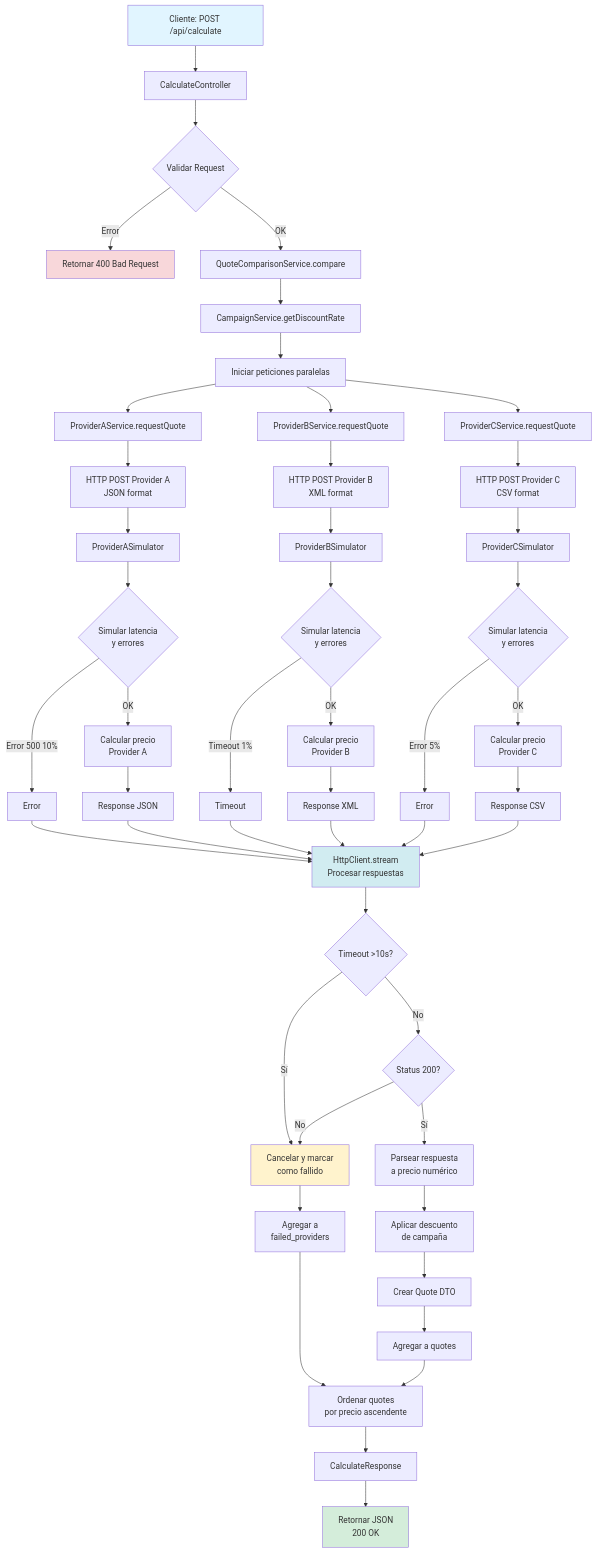
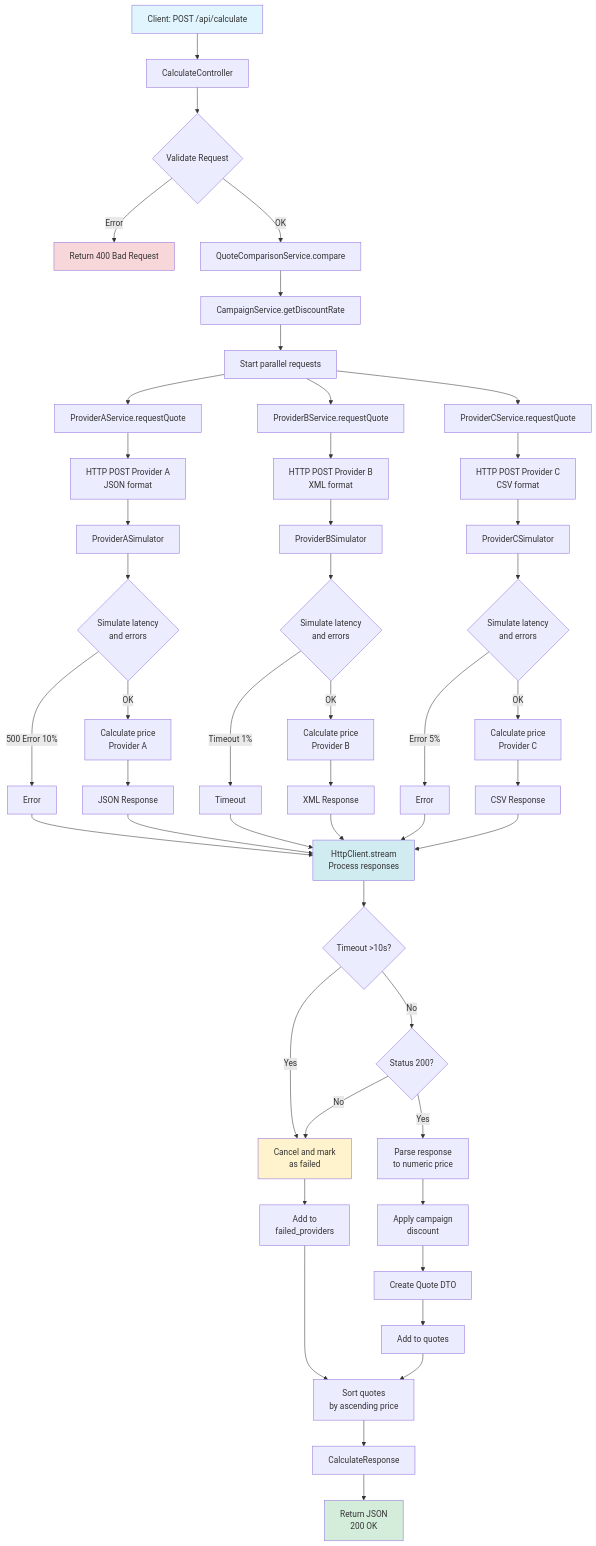
Before and after one commit to weizheng2/Car-Insurance-Comparer-Challenge: the diagram in README.md, drawn with Mermaid. The commit also changed other lines of this file, not shown here.

````diff
--- a/README.md
+++ b/README.md
@@ -89,68 +89,68 @@
 ```mermaid
 flowchart TD
-    A[Cliente: POST /api/calculate] --> B[CalculateController]
-    B --> C{Validar Request}
-    C -->|Error| D[Retornar 400 Bad Request]
+    A[Client: POST /api/calculate] --> B[CalculateController]
+    B --> C{Validate Request}
+    C -->|Error| D[Return 400 Bad Request]
     C -->|OK| E[QuoteComparisonService.compare]
-    
+
     E --> F[CampaignService.getDiscountRate]
-    F --> G[Iniciar peticiones paralelas]
-    
+    F --> G[Start parallel requests]
+
     G --> H1[ProviderAService.requestQuote]
     G --> H2[ProviderBService.requestQuote]
     G --> H3[ProviderCService.requestQuote]
-    
+
     H1 --> I1[HTTP POST Provider A<br/>JSON format]
     H2 --> I2[HTTP POST Provider B<br/>XML format]
     H3 --> I3[HTTP POST Provider C<br/>CSV format]
-    
+
     I1 --> J1[ProviderASimulator]
     I2 --> J2[ProviderBSimulator]
     I3 --> J3[ProviderCSimulator]
-    
-    J1 --> K1{Simular latencia<br/>y errores}
-    J2 --> K2{Simular latencia<br/>y errores}
-    J3 --> K3{Simular latencia<br/>y errores}
-    
-    K1 -->|Error 500 10%| L1[Error]
-    K1 -->|OK| M1[Calcular precio<br/>Provider A]
+
+    J1 --> K1{Simulate latency<br/>and errors}
+    J2 --> K2{Simulate latency<br/>and errors}
+    J3 --> K3{Simulate latency<br/>and errors}
+
+    K1 -->|500 Error 10%| L1[Error]
+    K1 -->|OK| M1[Calculate price<br/>Provider A]
     K2 -->|Timeout 1%| L2[Timeout]
-    K2 -->|OK| M2[Calcular precio<br/>Provider B]
+    K2 -->|OK| M2[Calculate price<br/>Provider B]
     K3 -->|Error 5%| L3[Error]
-    K3 -->|OK| M3[Calcular precio<br/>Provider C]
-    
-    M1 --> N1[Response JSON]
-    M2 --> N2[Response XML]
-    M3 --> N3[Response CSV]
-    
-    N1 --> O[HttpClient.stream<br/>Procesar respuestas]
+    K3 -->|OK| M3[Calculate price<br/>Provider C]
+
+    M1 --> N1[JSON Response]
+    M2 --> N2[XML Response]
+    M3 --> N3[CSV Response]
+
+    N1 --> O[HttpClient.stream<br/>Process responses]
     N2 --> O
     N3 --> O
     L1 --> O
     L2 --> O
     L3 --> O
-    
+
     O --> P{Timeout >10s?}
-    P -->|Sí| Q[Cancelar y marcar<br/>como fallido]
+    P -->|Yes| Q[Cancel and mark<br/>as failed]
     P -->|No| R{Status 200?}
-    
+
     R -->|No| Q
-    R -->|Sí| S[Parsear respuesta<br/>a precio numérico]
-    
-    S --> T[Aplicar descuento<br/>de campaña]
-    Q --> U[Agregar a<br/>failed_providers]
-    T --> V[Crear Quote DTO]
-    
-    V --> W[Agregar a quotes]
-    U --> X[Ordenar quotes<br/>por precio ascendente]
+    R -->|Yes| S[Parse response<br/>to numeric price]
+
+    S --> T[Apply campaign<br/>discount]
+    Q --> U[Add to<br/>failed_providers]
+    T --> V[Create Quote DTO]
+
+    V --> W[Add to quotes]
+    U --> X[Sort quotes<br/>by ascending price]
     W --> X
-    
+
     X --> Y[CalculateResponse]
-    Y --> Z[Retornar JSON<br/>200 OK]
-    
+    Y --> Z[Return JSON<br/>200 OK]
+
     style A fill:#e1f5ff
     style Z fill:#d4edda
     style D fill:#f8d7da
     style Q fill:#fff3cd
     style O fill:#d1ecf1
 ```
````
